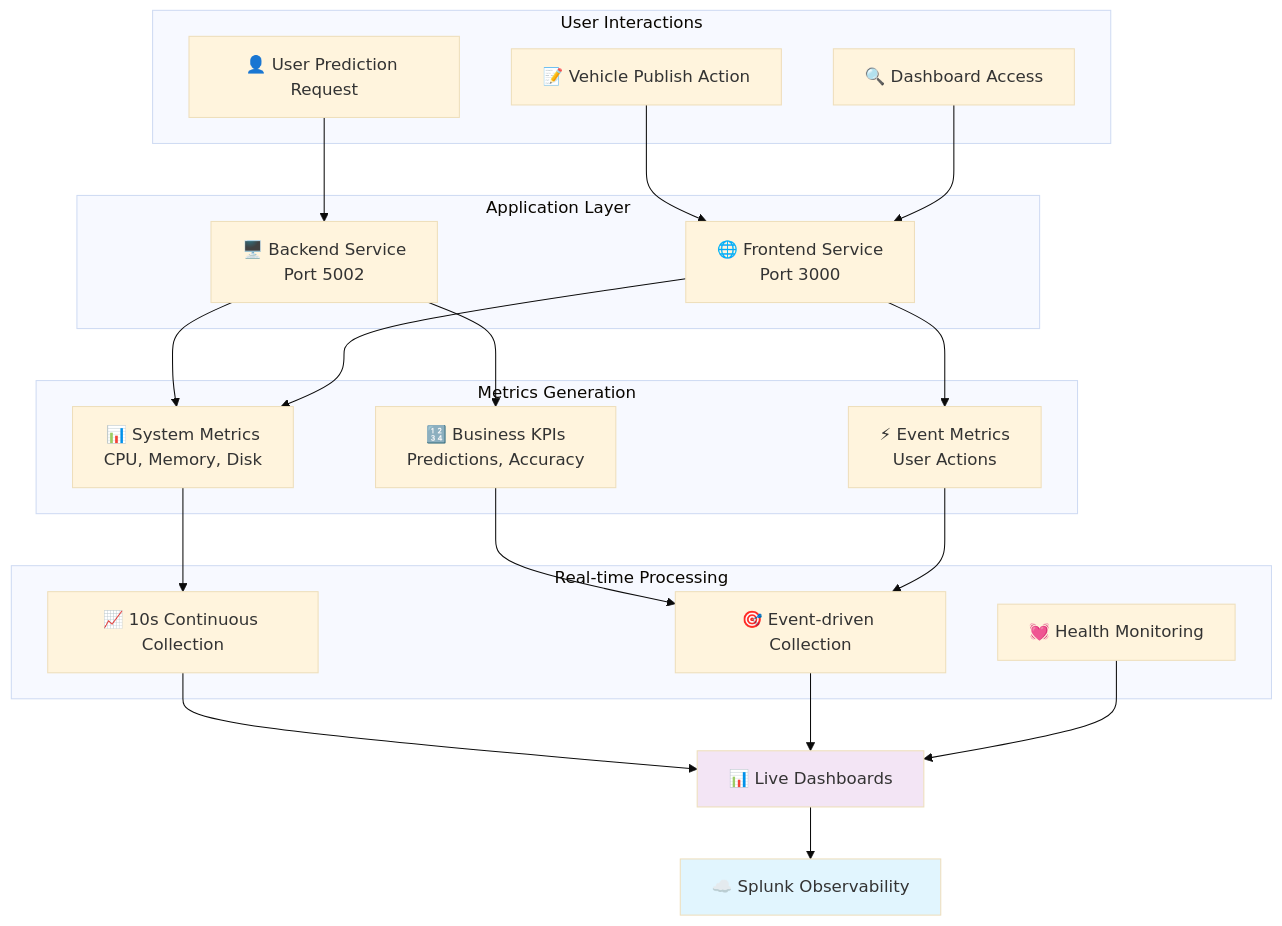
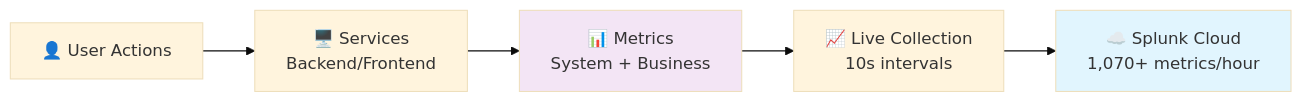
One commit to andreaendigital/CarPricePredictor-Demo changed the sixth of 6 diagrams in docs/jenkins/DOCUMENTATION_FOR_EXPO.md. Above: the diagram before and after it, drawn with Mermaid (base theme). The commit also changed other lines of this file, not shown here.

First line of the commit message:
docs: Improve EXPO documentation with clean flow diagrams

````diff
--- a/docs/jenkins/DOCUMENTATION_FOR_EXPO.md
+++ b/docs/jenkins/DOCUMENTATION_FOR_EXPO.md
@@ -377,47 +363,10 @@
 ```mermaid
-flowchart TD
-    subgraph "User Interactions"
-        A[👤 User Prediction Request]
-        B[📝 Vehicle Publish Action]
-        C[🔍 Dashboard Access]
-    end
+flowchart LR
+    A[👤 User Actions] --> B[🖥️ Services<br/>Backend/Frontend]
+    B --> C[📊 Metrics<br/>System + Business]
+    C --> D[📈 Live Collection<br/>10s intervals]
+    D --> E[☁️ Splunk Cloud<br/>1,070+ metrics/hour]
 
-    subgraph "Application Layer"
-        D[🖥️ Backend Service<br/>Port 5002]
-        E[🌐 Frontend Service<br/>Port 3000]
-    end
-
-    subgraph "Metrics Generation"
-        F[📊 System Metrics<br/>CPU, Memory, Disk]
-        G[🔢 Business KPIs<br/>Predictions, Accuracy]
-        H[⚡ Event Metrics<br/>User Actions]
-    end
-
-    subgraph "Real-time Processing"
-        I[📈 10s Continuous Collection]
-        J[🎯 Event-driven Collection]
-        K[💓 Health Monitoring]
-    end
-
-    A --> D
-    B --> E
-    C --> E
-
-    D --> F
-    D --> G
-    E --> F
-    E --> H
-
-    F --> I
-    G --> J
-    H --> J
-
-    I --> L[📊 Live Dashboards]
-    J --> L
-    K --> L
-
-    L --> M[☁️ Splunk Observability]
-
-    style M fill:#e1f5fe
-    style L fill:#f3e5f5
+    style E fill:#e1f5fe
+    style C fill:#f3e5f5
 ```
````
